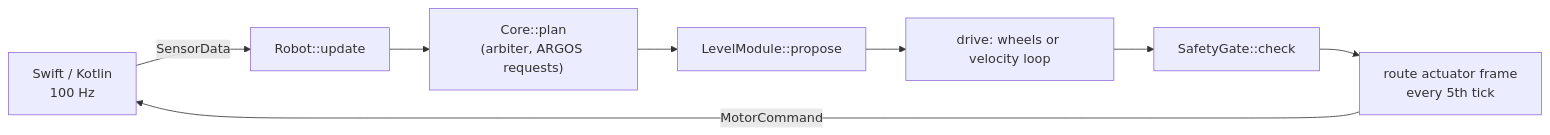
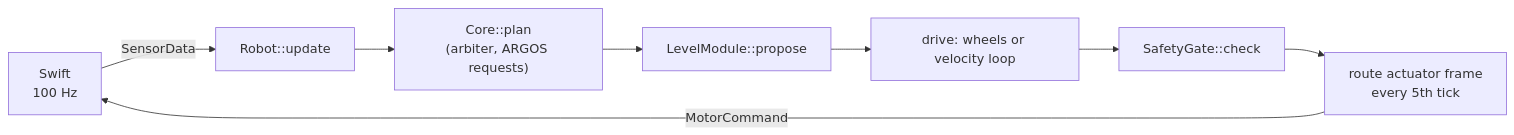
One commit to Super-Yojan/Terra changed the diagram in docs/crates/terra-robot.md. Above: the diagram before and after it, drawn with Mermaid. The commit also changed other lines of this file and 71 other files, not shown here.

````diff
--- a/docs/crates/terra-robot.md
+++ b/docs/crates/terra-robot.md
@@ -12,10 +12,10 @@
 ```mermaid
 flowchart LR
-  Phone[Swift / Kotlin<br/>100 Hz] -- SensorData --> U["Robot::update"]
+  Phone[Swift<br/>100 Hz] -- SensorData --> U["Robot::update"]
   U --> P["Core::plan<br/>(arbiter, ARGOS requests)"]
   P --> L[LevelModule::propose]
   L --> D[drive: wheels or velocity loop]
   D --> G[SafetyGate::check]
   G --> R[route actuator frame<br/>every 5th tick]
   R -- MotorCommand --> Phone
 ```
````
